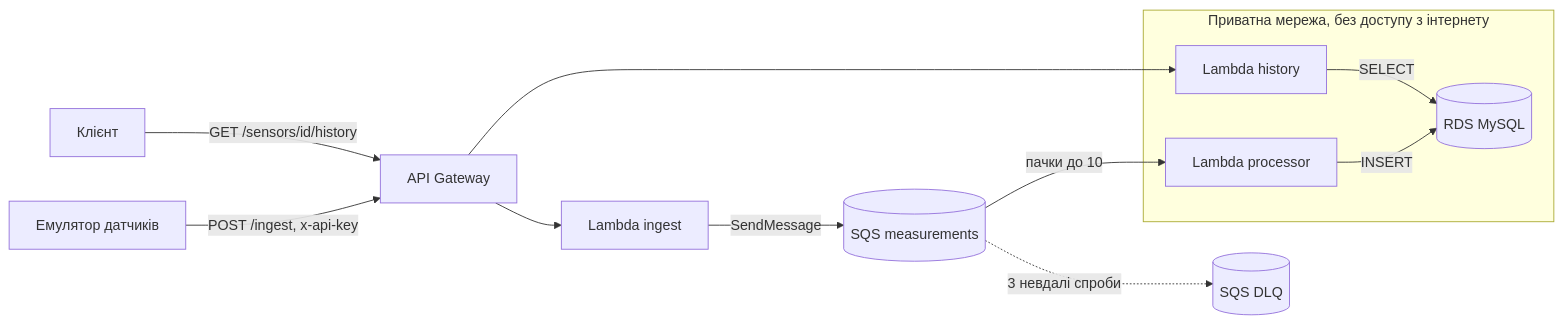
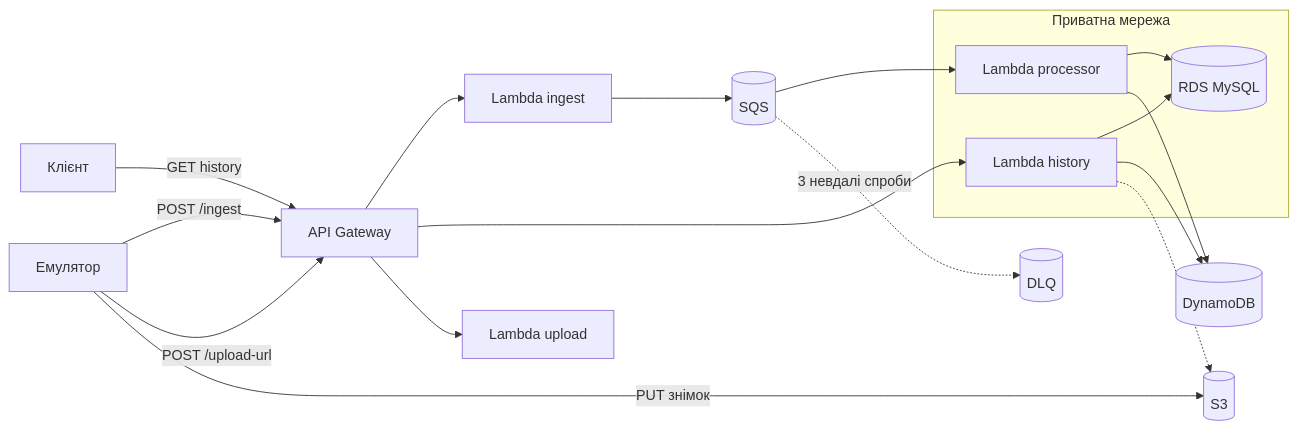
Before and after one commit to VictoriaBushko/cloud-lab1: the diagram in docs/ARCHITECTURE.md, drawn with Mermaid. The commit also changed other lines of this file and 29 other files, not shown here.

````diff
--- a/docs/ARCHITECTURE.md
+++ b/docs/ARCHITECTURE.md
@@ -5,14 +5,20 @@
 ```mermaid
 flowchart LR
-  E[Емулятор датчиків] -->|POST /ingest, x-api-key| G[API Gateway]
+  E[Емулятор] -->|POST /ingest| G[API Gateway]
   G --> I[Lambda ingest]
-  I -->|SendMessage| Q[(SQS measurements)]
-  Q -->|пачки до 10| P[Lambda processor]
-  Q -.->|3 невдалі спроби| D[(SQS DLQ)]
-  C[Клієнт] -->|GET /sensors/id/history| G
+  I --> Q[(SQS)]
+  Q --> P[Lambda processor]
+  Q -.->|3 невдалі спроби| D[(DLQ)]
+  C[Клієнт] -->|GET history| G
   G --> H[Lambda history]
-  subgraph VPC [Приватна мережа, без доступу з інтернету]
-    P -->|INSERT| DB[(RDS MySQL)]
-    H -->|SELECT| DB
+  E -->|POST /upload-url| G
+  G --> U[Lambda upload]
+  E -->|PUT знімок| S3[(S3)]
+  subgraph VPC [Приватна мережа]
+    P --> DB[(RDS MySQL)]
+    H --> DB
   end
+  P --> DDB[(DynamoDB)]
+  H --> DDB
+  H -.-> S3
 ```
````
